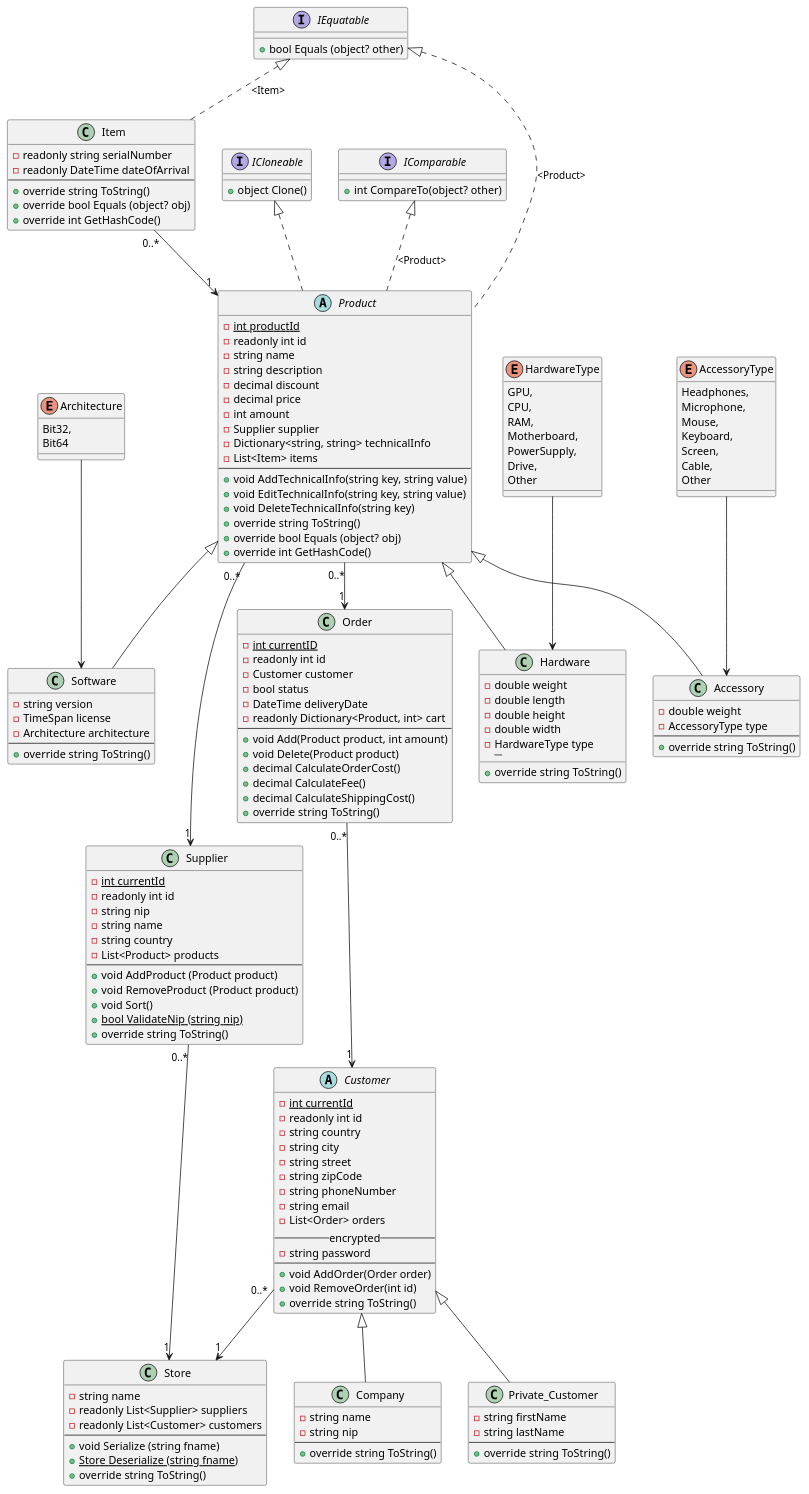
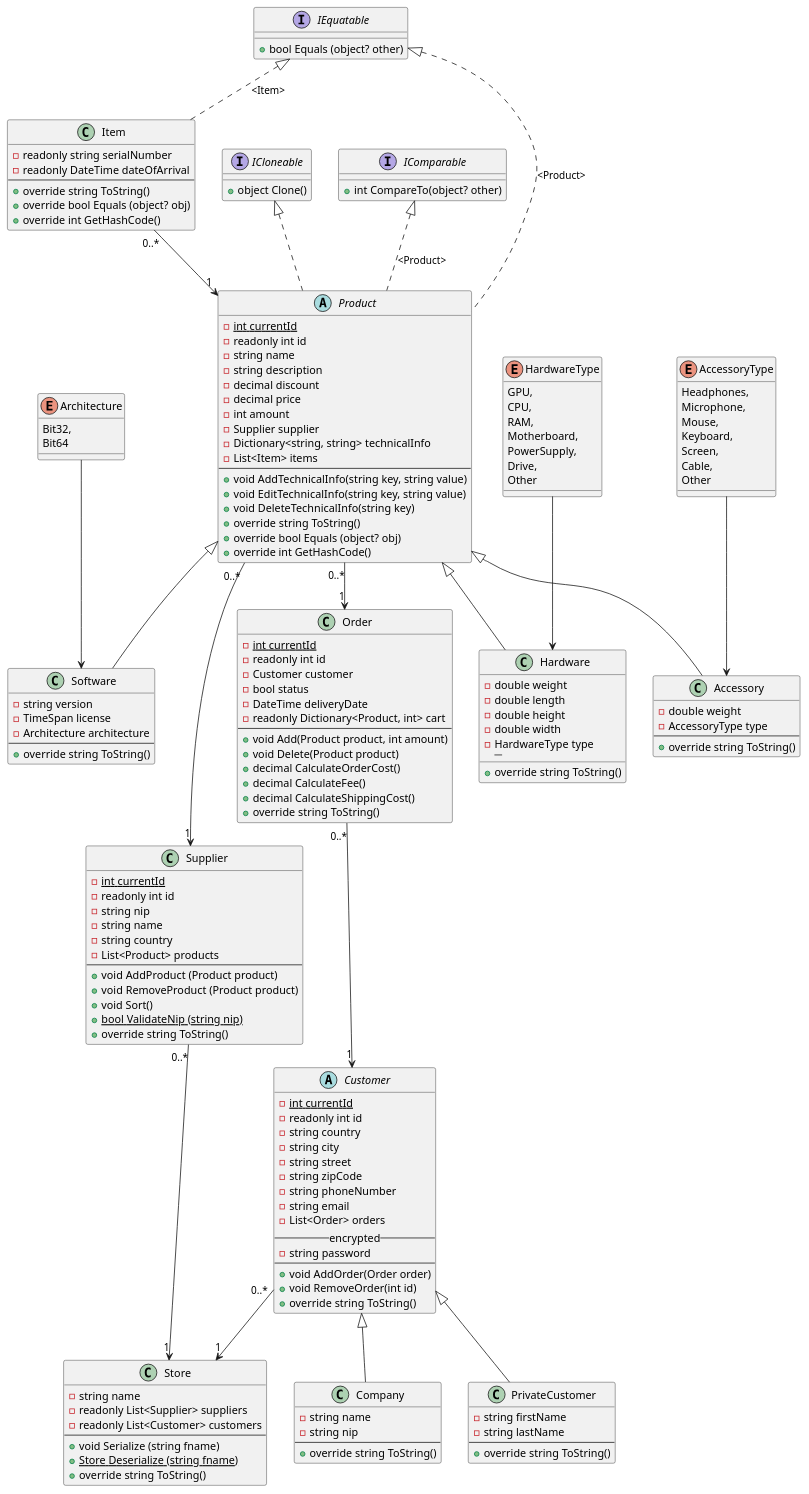
One commit to Couch-bit/Computer-Store changed the diagram in Classes/UML.wsd. Above: the diagram before and after it, drawn with PlantUML. The commit also changed 11 other files, not shown here.

```diff
--- a/Classes/UML.wsd
+++ b/Classes/UML.wsd
@@ -1,184 +1,184 @@
 @startuml Project
 class Supplier {
   -{static} int currentId
   -readonly int id
   -string nip
   -string name
   -string country
   -List<Product> products
   ----
   + void AddProduct (Product product)
   + void RemoveProduct (Product product)
   + void Sort()
   + {static} bool ValidateNip (string nip)
   + override string ToString()
 }
 
 class Company {
   -string name
   -string nip
   ----
   + override string ToString()
 }
 
-class Private_Customer{
+class PrivateCustomer{
   -string firstName
   -string lastName
   ----
   + override string ToString()
 }
 
 abstract Customer {
   -{static} int currentId
   -readonly int id
   -string country
   -string city
   -string street
   -string zipCode
   -string phoneNumber
   -string email
   -List<Order> orders
   -- encrypted --
   -string password
   ----
   + void AddOrder(Order order)
   + void RemoveOrder(int id)
   + override string ToString()
 }
 
 class Order {
-  -{static} int currentID
+  -{static} int currentId
   -readonly int id
   -Customer customer
   -bool status
   -DateTime deliveryDate
   -readonly Dictionary<Product, int> cart
   ----
   + void Add(Product product, int amount)
   + void Delete(Product product)
   + decimal CalculateOrderCost()
   + decimal CalculateFee()
   + decimal CalculateShippingCost()
   + override string ToString()
 }
 
 abstract Product{
-  -{static} int productId
+  -{static} int currentId
   -readonly int id
   -string name
   -string description
   -decimal discount
   -decimal price
   -int amount
   -Supplier supplier
   -Dictionary<string, string> technicalInfo
   -List<Item> items
   ----
   + void AddTechnicalInfo(string key, string value)
   + void EditTechnicalInfo(string key, string value)
   + void DeleteTechnicalInfo(string key)
   + override string ToString()
   + override bool Equals (object? obj)
   + override int GetHashCode()
 }
 
 class Item{
   - readonly string serialNumber
   - readonly DateTime dateOfArrival
   ----
   + override string ToString()
   + override bool Equals (object? obj)
   + override int GetHashCode()
 }
 
 class Store{
   - string name
   - readonly List<Supplier> suppliers
   - readonly List<Customer> customers
   ----
   + void Serialize (string fname)
   + {static} Store Deserialize (string fname)
   + override string ToString()
 }
 
 enum HardwareType{
   GPU,
   CPU,
   RAM,
   Motherboard,
   PowerSupply,
   Drive,
   Other
 }
 
 enum AccessoryType{
   Headphones,
   Microphone,
   Mouse,
   Keyboard,
   Screen,
   Cable,
   Other
 }
 
 enum Architecture{
   Bit32,
   Bit64
 }
 
 class Hardware{
   -double weight
   -double length
   -double height
   -double width
   -HardwareType type
   ---- 
   + override string ToString()
 }
 
 class Software{
   -string version
   -TimeSpan license
   -Architecture architecture
   ----
   + override string ToString()
 }
 
 class Accessory{
   -double weight
   -AccessoryType type
   ----
   + override string ToString()
 }
 
 interface ICloneable{
   + object Clone()
 }
 
 interface IComparable{
   + int CompareTo(object? other)
 }
 
 interface IEquatable{
   + bool Equals (object? other)
 }
 
 IEquatable <|-[dashed]- Item : "<Item>"
 IComparable <|-[dashed]- Product : "<Product>"
 IEquatable <|-[dashed]- Product : "<Product>"
 abstract Product implements ICloneable
 HardwareType --> Hardware
 AccessoryType --> Accessory
 Architecture --> Software
 Product <|-- Accessory
 Product <|-- Software
 Product <|-- Hardware
 Customer	<|-- Company
-Customer	<|-- Private_Customer
+Customer	<|-- PrivateCustomer
 Supplier "0..*" --> "1" Store
 Customer "0..*" --> "1" Store
 Product "0..*" --> "1" Order
 Product "0..*" --> "1" Supplier
 Order "0..*" --> "1" Customer
 Item "0..*" --> "1" Product
 @enduml
```
